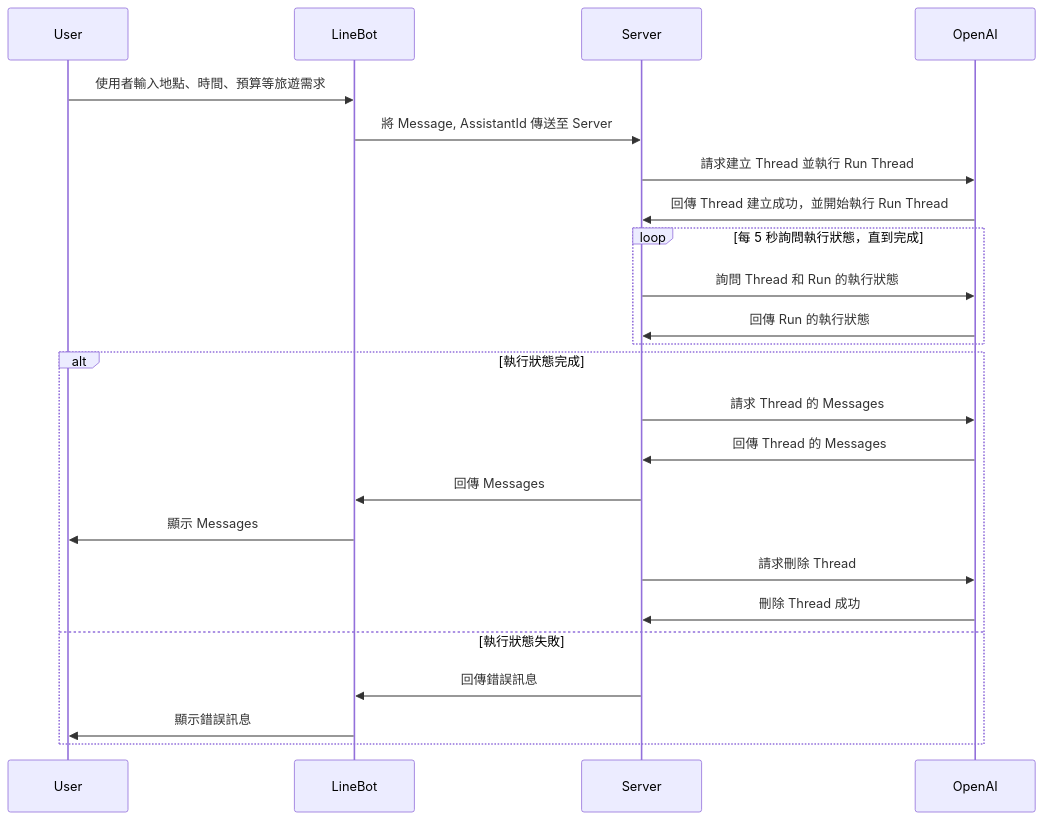
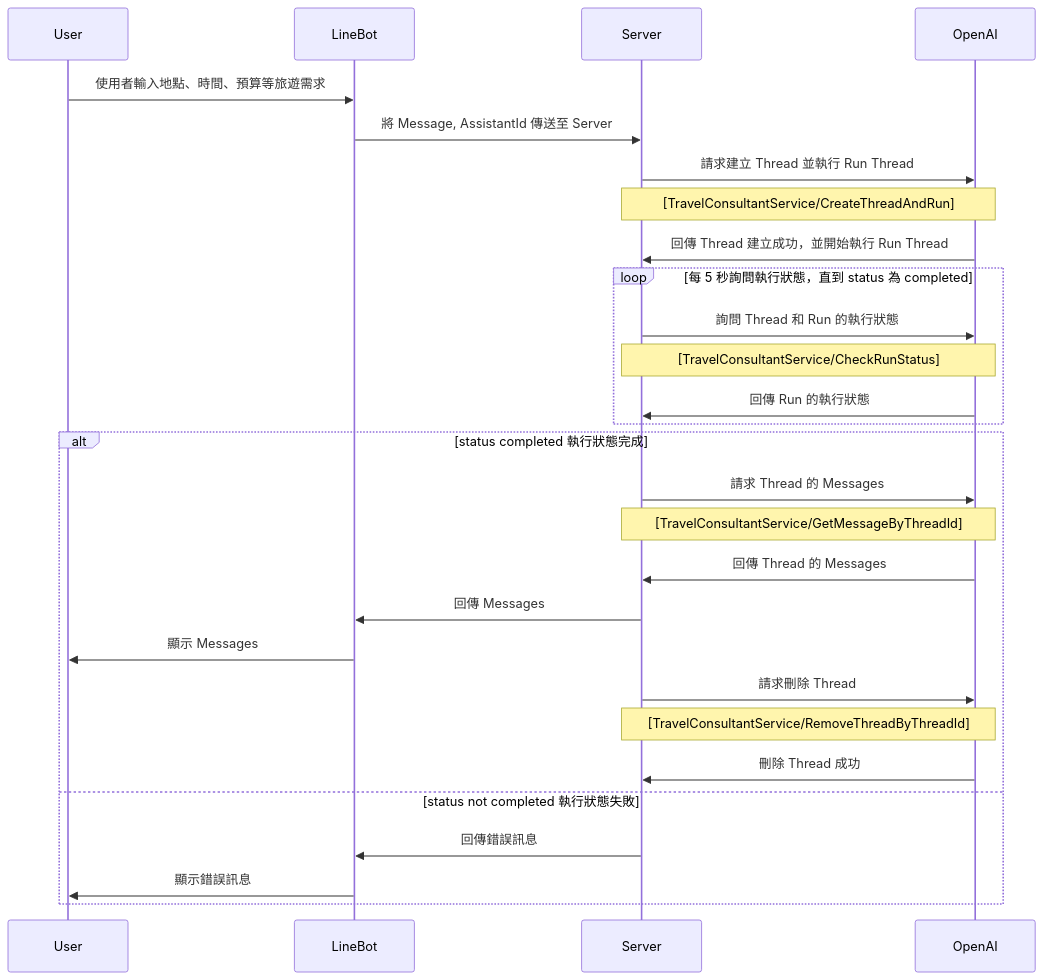
The fourth of 4 diagrams in docs/ai/openai/travel-recommendation.md (weberyanglalala/vitpress-dev-notes), drawn with Mermaid before and after one commit. The commit also changed other lines of this file, not shown here.

Commit message:
update basic assistant api mermaid diagram

````diff
--- a/docs/ai/openai/travel-recommendation.md
+++ b/docs/ai/openai/travel-recommendation.md
@@ -252,29 +277,33 @@
 ```mermaid
 sequenceDiagram
     participant User
     participant LineBot
     participant Server
     participant OpenAI
 
     User ->> LineBot: 使用者輸入地點、時間、預算等旅遊需求
     LineBot ->> Server: 將 Message, AssistantId 傳送至 Server
     Server ->> OpenAI: 請求建立 Thread 並執行 Run Thread
+    Note over Server,OpenAI: [TravelConsultantService/CreateThreadAndRun]
     OpenAI ->> Server: 回傳 Thread 建立成功，並開始執行 Run Thread
 
-    loop 每 5 秒詢問執行狀態，直到完成
+    loop 每 5 秒詢問執行狀態，直到 status 為 completed
         Server ->> OpenAI: 詢問 Thread 和 Run 的執行狀態
+        Note over Server,OpenAI: [TravelConsultantService/CheckRunStatus]
         OpenAI ->> Server: 回傳 Run 的執行狀態
     end
 
-    alt 執行狀態完成
+    alt status completed 執行狀態完成
         Server ->> OpenAI: 請求 Thread 的 Messages
+        Note over Server,OpenAI: [TravelConsultantService/GetMessageByThreadId]
         OpenAI ->> Server: 回傳 Thread 的 Messages
         Server ->> LineBot: 回傳 Messages
         LineBot ->> User: 顯示 Messages
         Server ->> OpenAI: 請求刪除 Thread
+        Note over Server,OpenAI: [TravelConsultantService/RemoveThreadByThreadId]
         OpenAI ->> Server: 刪除 Thread 成功
-    else 執行狀態失敗
+    else status not completed 執行狀態失敗
         Server ->> LineBot: 回傳錯誤訊息
         LineBot ->> User: 顯示錯誤訊息
     end
 ```
````
